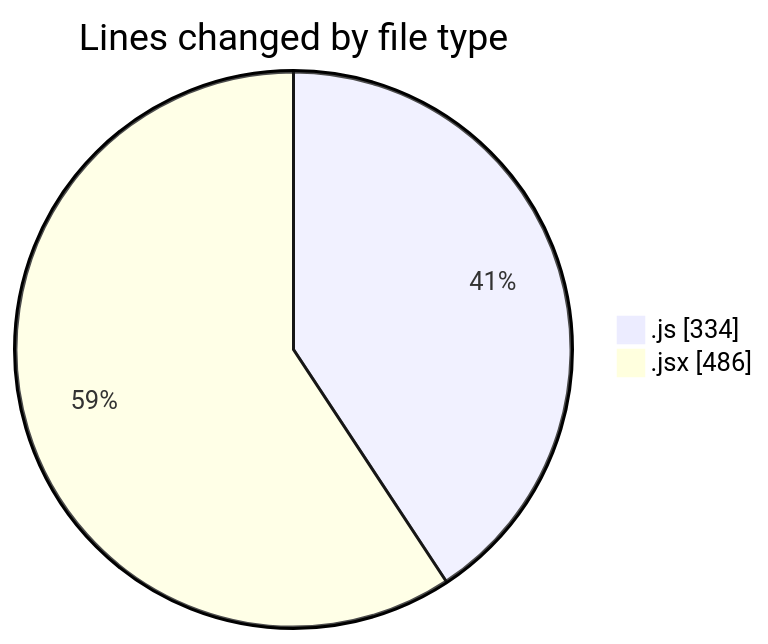
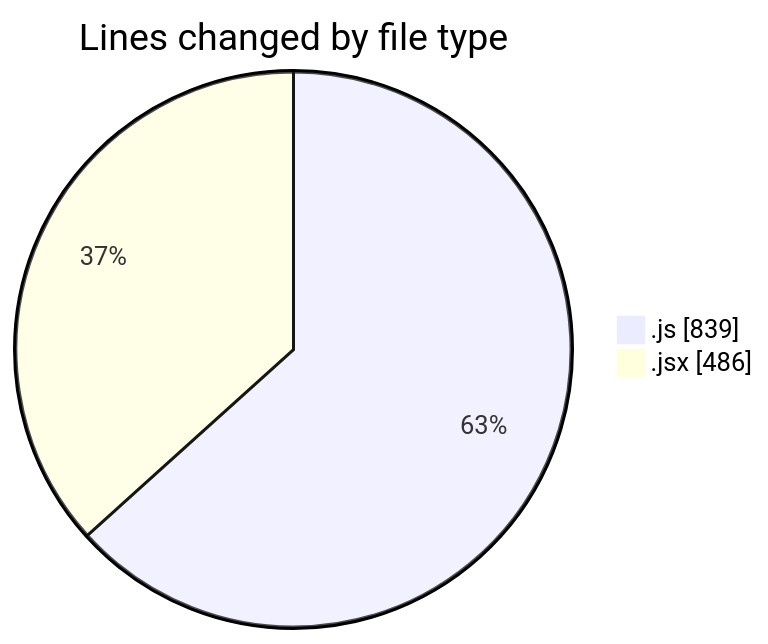
Before and after one commit to nxtqubesakshisongat/code-tracking: the first of 2 diagrams in 2025-07-27/nxtqube_webapp/README.md, drawn with Mermaid. The commit also changed other lines of this file and 1 other file, not shown here.

````diff
--- a/2025-07-27/nxtqube_webapp/README.md
+++ b/2025-07-27/nxtqube_webapp/README.md
@@ -22,6 +23,6 @@
 ```mermaid
 pie showData
 title Lines changed by file type
-".js" : 334
+".js" : 839
 ".jsx" : 486
 ```
````
